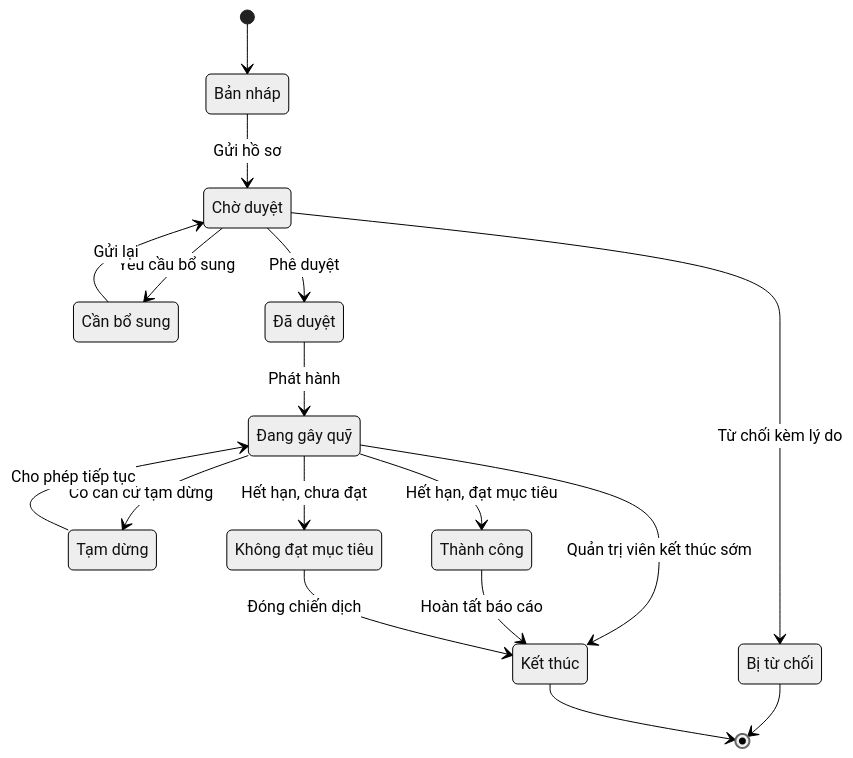
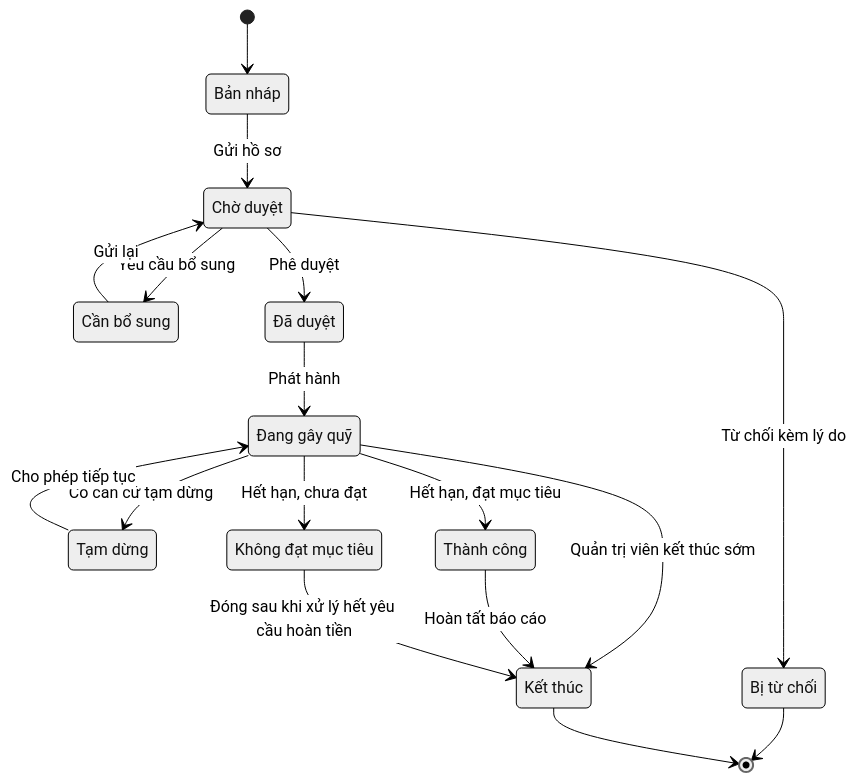
Before and after one commit to nhanhuutran007/DATN_2627_Website: the first of 4 diagrams in README.md, drawn with Mermaid (neutral theme). The commit also changed other lines of this file, not shown here.

Commit message:
docs: describe refund rules for unsuccessful campaigns

````diff
--- a/README.md
+++ b/README.md
@@ -152,29 +152,29 @@
 ```mermaid
 stateDiagram-v2
     [*] --> BanNhap
     BanNhap: Bản nháp
     BanNhap --> ChoDuyet: Gửi hồ sơ
     ChoDuyet: Chờ duyệt
     ChoDuyet --> CanBoSung: Yêu cầu bổ sung
     CanBoSung: Cần bổ sung
     CanBoSung --> ChoDuyet: Gửi lại
     ChoDuyet --> DaDuyet: Phê duyệt
     ChoDuyet --> TuChoi: Từ chối kèm lý do
     TuChoi: Bị từ chối
     DaDuyet: Đã duyệt
     DaDuyet --> DangGayQuy: Phát hành
     DangGayQuy: Đang gây quỹ
     DangGayQuy --> TamDung: Có căn cứ tạm dừng
     TamDung: Tạm dừng
     TamDung --> DangGayQuy: Cho phép tiếp tục
     DangGayQuy --> ThanhCong: Hết hạn, đạt mục tiêu
     DangGayQuy --> KhongDat: Hết hạn, chưa đạt
     DangGayQuy --> KetThuc: Quản trị viên kết thúc sớm
     ThanhCong: Thành công
     KhongDat: Không đạt mục tiêu
     ThanhCong --> KetThuc: Hoàn tất báo cáo
-    KhongDat --> KetThuc: Đóng chiến dịch
+    KhongDat --> KetThuc: Đóng sau khi xử lý hết yêu cầu hoàn tiền
     KetThuc: Kết thúc
     TuChoi --> [*]
     KetThuc --> [*]
 ```
````
